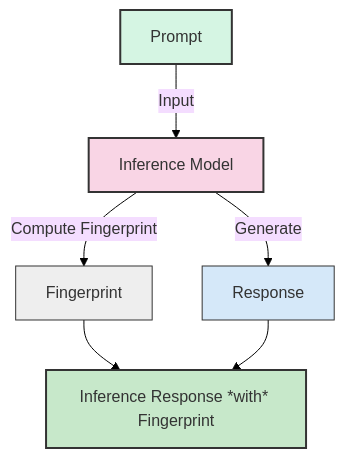
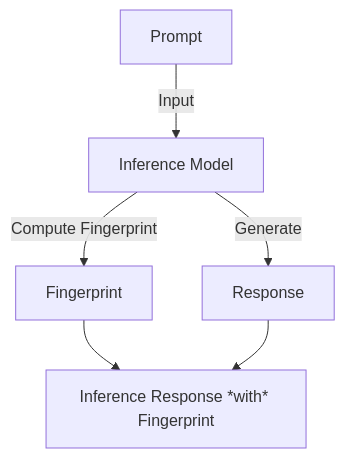
One commit to context-labs/sglang changed the first of 5 diagrams in VERIFICATION_README.md. Above: the diagram before and after it, drawn with Mermaid. The commit also changed other lines of this file, not shown here.

Commit message:
fixed the mermaid diagram colors

````diff
--- a/VERIFICATION_README.md
+++ b/VERIFICATION_README.md
@@ -40,15 +40,8 @@
 ```mermaid
-%%{init: {'theme': 'base', 'themeVariables': { 'background': '#ffffff' }}}%%
 graph TD
     P[Prompt] -->|Input| A[Inference Model]
     A -->|Compute Fingerprint| B[Fingerprint]
     A -->|Generate| C[Response]
     B --> D[Inference Response *with* Fingerprint]
     C --> D
-
-    style P fill:#d5f5e3,stroke:#333,stroke-width:2px
-    style A fill:#f9d5e5,stroke:#333,stroke-width:2px
-    style B fill:#eeeeee,stroke:#333,stroke-width:1px
-    style C fill:#d5e8f9,stroke:#333,stroke-width:1px
-    style D fill:#c7e8ca,stroke:#333,stroke-width:2px
 ```
````
